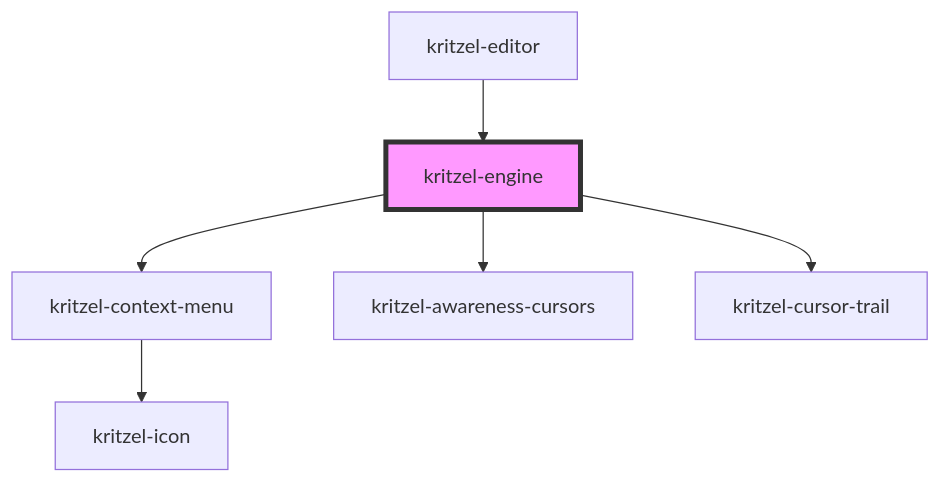
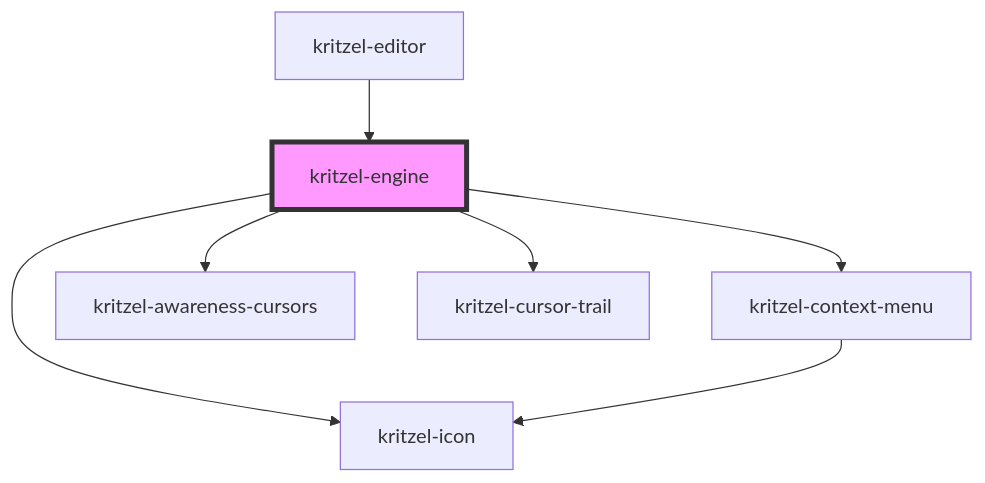
One commit to kasual1/kritzel changed the diagram in libs/kritzel-stencil/src/components/core/kritzel-engine/readme.md. Above: the diagram before and after it, drawn with Mermaid. The commit also changed other lines of this file and 6 other files, not shown here.

````diff
--- a/libs/kritzel-stencil/src/components/core/kritzel-engine/readme.md
+++ b/libs/kritzel-stencil/src/components/core/kritzel-engine/readme.md
@@ -907,9 +908,10 @@
 ```mermaid
 graph TD;
+  kritzel-engine --> kritzel-icon
   kritzel-engine --> kritzel-context-menu
   kritzel-engine --> kritzel-awareness-cursors
   kritzel-engine --> kritzel-cursor-trail
   kritzel-context-menu --> kritzel-icon
   kritzel-editor --> kritzel-engine
   style kritzel-engine fill:#f9f,stroke:#333,stroke-width:4px
 ```
````
